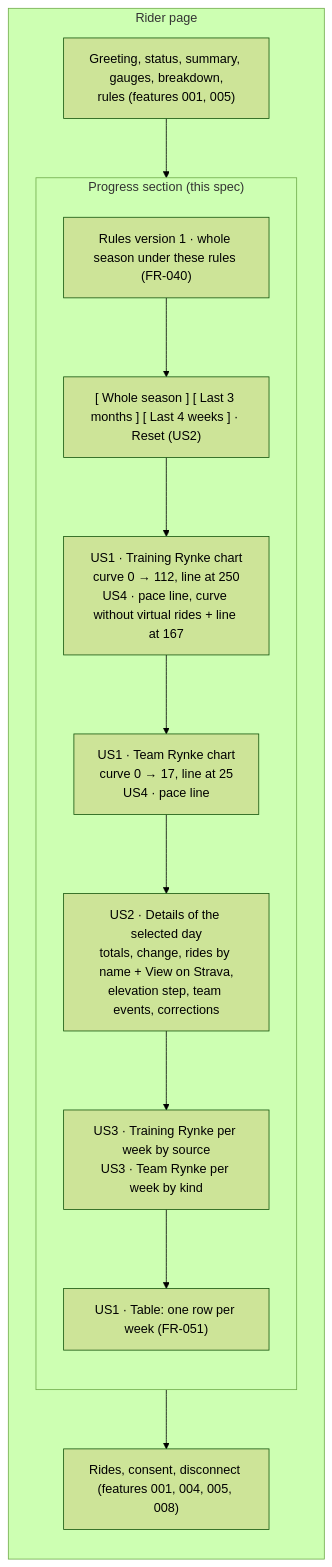
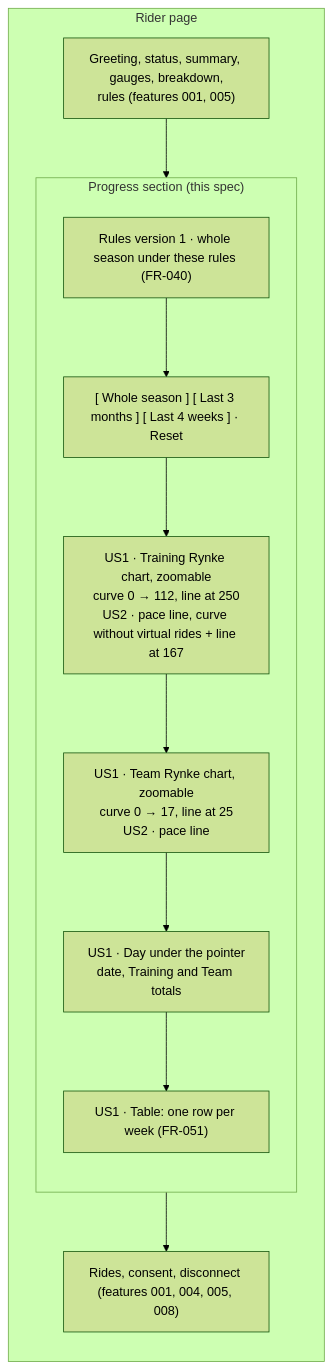
One commit to SaSteffen/RynkePoints changed the fourth of 9 diagrams in specs/009-rider-progress-charts/spec.md. Above: the diagram before and after it, drawn with Mermaid (forest theme). The commit also changed other lines of this file, not shown here.

First line of the commit message:
docs: apply /speckit-clarify answers to rider progress charts

````diff
--- a/specs/009-rider-progress-charts/spec.md
+++ b/specs/009-rider-progress-charts/spec.md
@@ -701,20 +626,19 @@
 ```mermaid
 flowchart TB
     subgraph page["Rider page"]
         direction TB
         before["Greeting, status, summary, gauges, breakdown,<br/>rules (features 001, 005)"]
         subgraph section["Progress section (this spec)"]
             direction TB
             label["Rules version 1 · whole season under these rules (FR-040)"]
-            periods["[ Whole season ] [ Last 3 months ] [ Last 4 weeks ] · Reset (US2)"]
-            c1["US1 · Training Rynke chart<br/>curve 0 → 112, line at 250<br/>US4 · pace line, curve without virtual rides + line at 167"]
-            c2["US1 · Team Rynke chart<br/>curve 0 → 17, line at 25<br/>US4 · pace line"]
-            details["US2 · Details of the selected day<br/>totals, change, rides by name + View on Strava,<br/>elevation step, team events, corrections"]
-            bars["US3 · Training Rynke per week by source<br/>US3 · Team Rynke per week by kind"]
+            periods["[ Whole season ] [ Last 3 months ] [ Last 4 weeks ] · Reset"]
+            c1["US1 · Training Rynke chart, zoomable<br/>curve 0 → 112, line at 250<br/>US2 · pace line, curve without virtual rides + line at 167"]
+            c2["US1 · Team Rynke chart, zoomable<br/>curve 0 → 17, line at 25<br/>US2 · pace line"]
+            details["US1 · Day under the pointer<br/>date, Training and Team totals"]
             table["US1 · Table: one row per week (FR-051)"]
-            label --> periods --> c1 --> c2 --> details --> bars --> table
+            label --> periods --> c1 --> c2 --> details --> table
         end
         after["Rides, consent, disconnect (features 001, 004, 005, 008)"]
         before --> section --> after
     end
 ```
````
